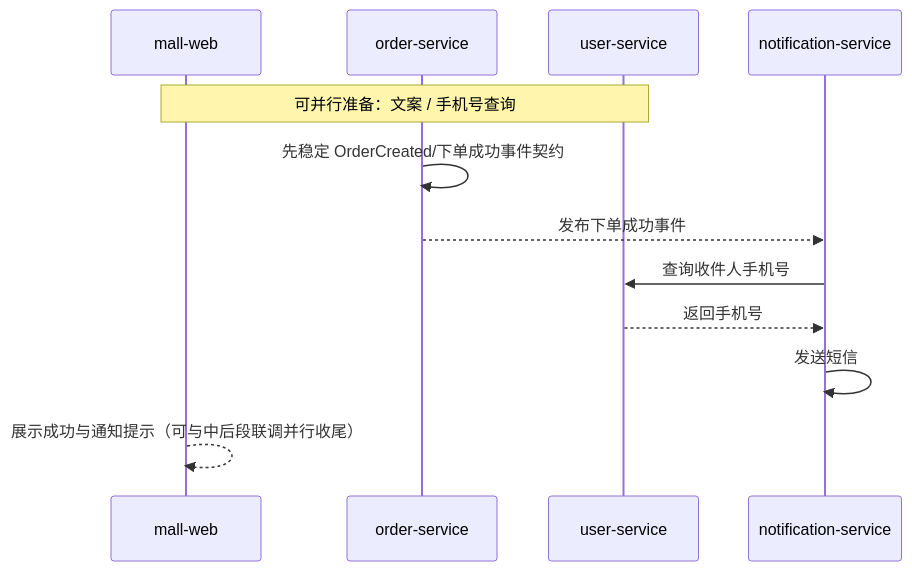
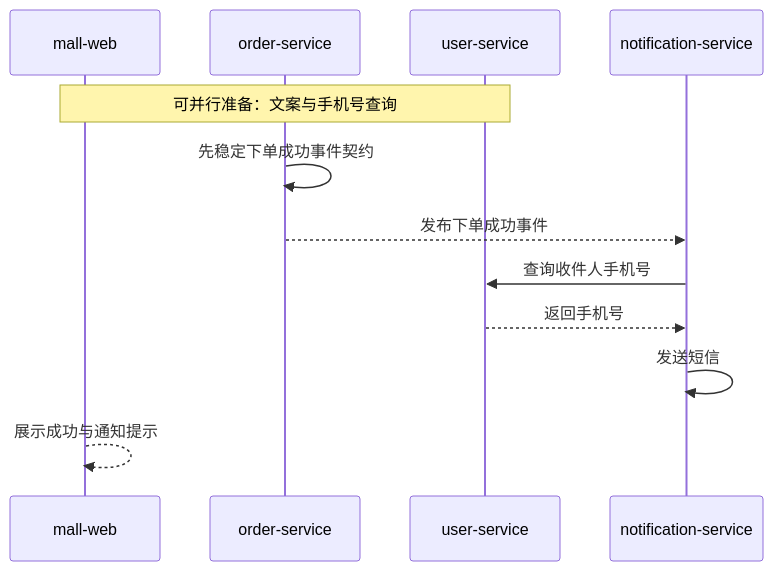
The fourth of 4 diagrams in 项目说明.md (farhub-wq/AI-), drawn with Mermaid before and after one commit. The commit also changed other lines of this file and 17 other files, not shown here.

````diff
--- a/项目说明.md
+++ b/项目说明.md
@@ -251,15 +224,14 @@
 ```mermaid
 sequenceDiagram
   participant FE as mall-web
   participant O as order-service
   participant U as user-service
   participant N as notification-service
-
-  Note over FE,U: 可并行准备：文案 / 手机号查询
-  O->>O: 先稳定 OrderCreated/下单成功事件契约
+  Note over FE,U: 可并行准备：文案与手机号查询
+  O->>O: 先稳定下单成功事件契约
   O-->>N: 发布下单成功事件
   N->>U: 查询收件人手机号
   U-->>N: 返回手机号
   N->>N: 发送短信
-  FE-->>FE: 展示成功与通知提示（可与中后段联调并行收尾）
+  FE-->>FE: 展示成功与通知提示
 ```
````
